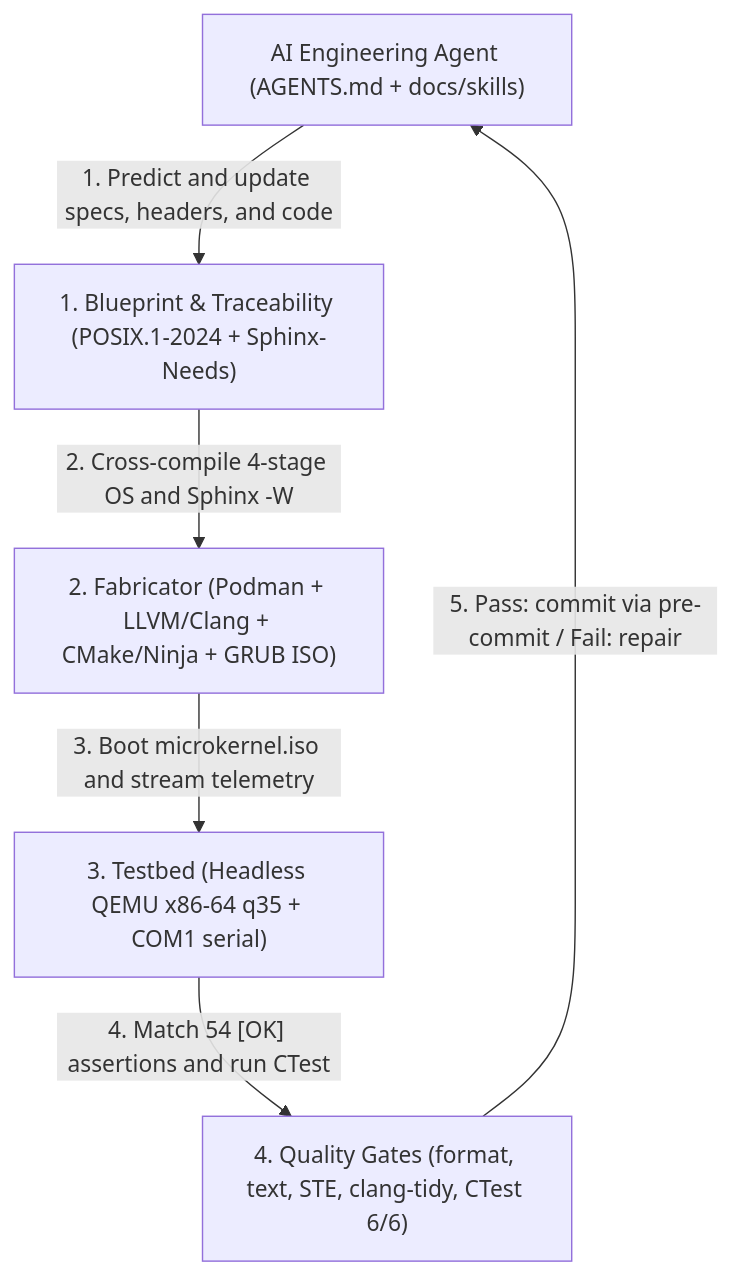
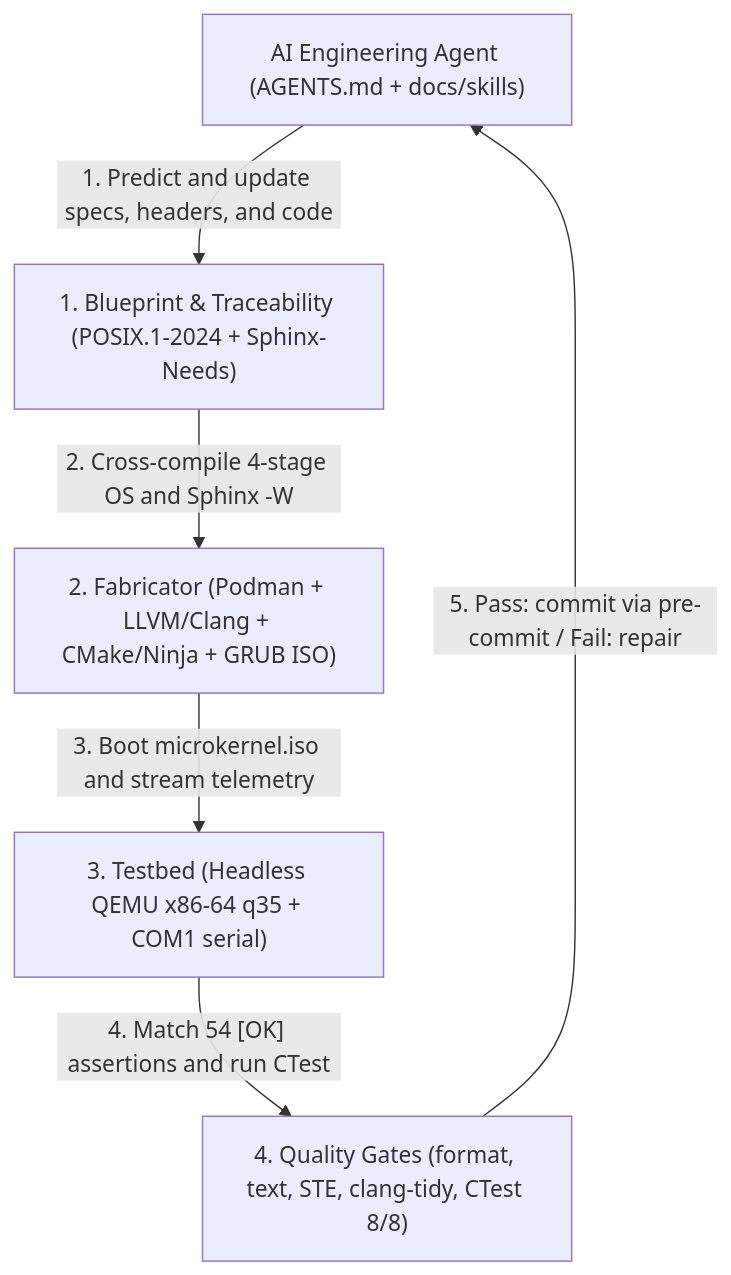
The diagram in README.md (Deniz-Eren/microkernel), drawn with Mermaid before and after one commit. The commit also changed other lines of this file and 17 other files, not shown here.

````diff
--- a/README.md
+++ b/README.md
@@ -22,14 +22,14 @@
 ```mermaid
 flowchart TD
     AGENT["AI Engineering Agent (AGENTS.md + docs/skills)"]
     BLUEPRINT["1. Blueprint & Traceability (POSIX.1-2024 + Sphinx-Needs)"]
     FABRICATOR["2. Fabricator (Podman + LLVM/Clang + CMake/Ninja + GRUB ISO)"]
     TESTBED["3. Testbed (Headless QEMU x86-64 q35 + COM1 serial)"]
-    GATES["4. Quality Gates (format, text, STE, clang-tidy, CTest 6/6)"]
+    GATES["4. Quality Gates (format, text, STE, clang-tidy, CTest 8/8)"]
 
     AGENT -->|"1. Predict and update specs, headers, and code"| BLUEPRINT
     BLUEPRINT -->|"2. Cross-compile 4-stage OS and Sphinx -W"| FABRICATOR
     FABRICATOR -->|"3. Boot microkernel.iso and stream telemetry"| TESTBED
     TESTBED -->|"4. Match 54 [OK] assertions and run CTest"| GATES
     GATES -->|"5. Pass: commit via pre-commit / Fail: repair"| AGENT
 ```
````
